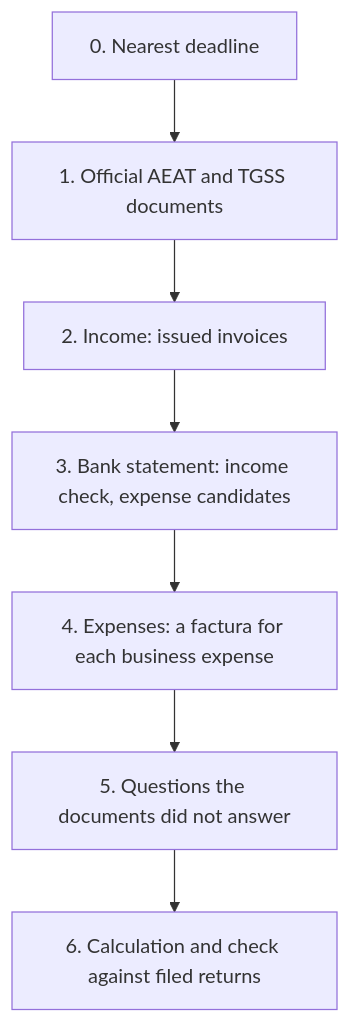
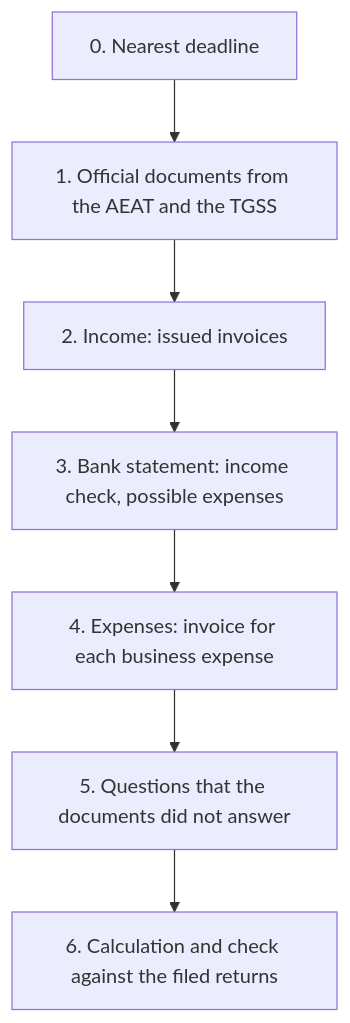
One commit to gestor-es/gestor-es changed the diagram in docs/en/onboarding.md. Above: the diagram before and after it, drawn with Mermaid. The commit also changed other lines of this file and 50 other files, not shown here.

````diff
--- a/docs/en/onboarding.md
+++ b/docs/en/onboarding.md
@@ -10,9 +10,9 @@
 ```mermaid
 flowchart TD
-  S0[0. Nearest deadline] --> S1[1. Official AEAT and TGSS documents]
+  S0[0. Nearest deadline] --> S1[1. Official documents from the AEAT and the TGSS]
   S1 --> S2[2. Income: issued invoices]
-  S2 --> S3[3. Bank statement: income check, expense candidates]
-  S3 --> S4[4. Expenses: a factura for each business expense]
-  S4 --> S5[5. Questions the documents did not answer]
-  S5 --> S6[6. Calculation and check against filed returns]
+  S2 --> S3[3. Bank statement: income check, possible expenses]
+  S3 --> S4[4. Expenses: invoice for each business expense]
+  S4 --> S5[5. Questions that the documents did not answer]
+  S5 --> S6[6. Calculation and check against the filed returns]
 ```
````
